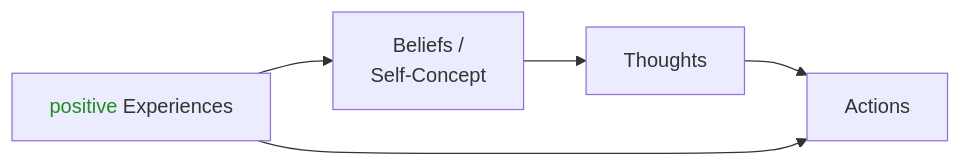
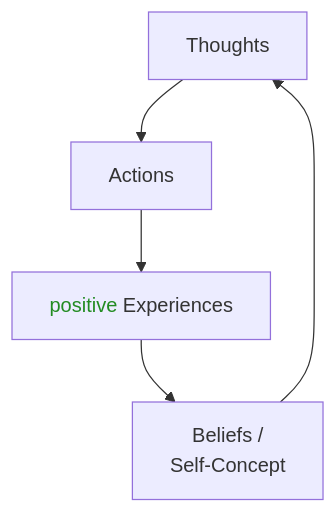
One commit to lueck1803/interia-PT changed the third of 3 diagrams in inertia PT/General/Therapie.md. Above: the diagram before and after it, drawn with Mermaid. The commit also changed other lines of this file and 1 other file, not shown here.

Commit message:
vault backup: 2026-04-12 17:10:28

````diff
--- a/inertia PT/General/Therapie.md
+++ b/inertia PT/General/Therapie.md
@@ -2608,19 +2608,19 @@
 ```mermaid
-%% flowchart TB
-flowchart LR
+flowchart TB
+%% flowchart LR
 A[Thoughts]
 B[Actions]
 C[<span style="font-size:100%;color:ForestGreen;">positive</span> Experiences]
 D[Beliefs /<br> Self-Concept]
 
-%% A-->B-->C-->D-->A %%
-D-->A
-A-->B
-C-->D
-C-->B
+A-->B-->C-->D-->A
+%% D-->A %%
+%% A-->B %%
+%% C-->B %%
+%% D-->C %%
 %% <-->C<-->D<-->A %%
 
 
 %% A~~~C %%
 %% A~~~D %%
 ```
````
